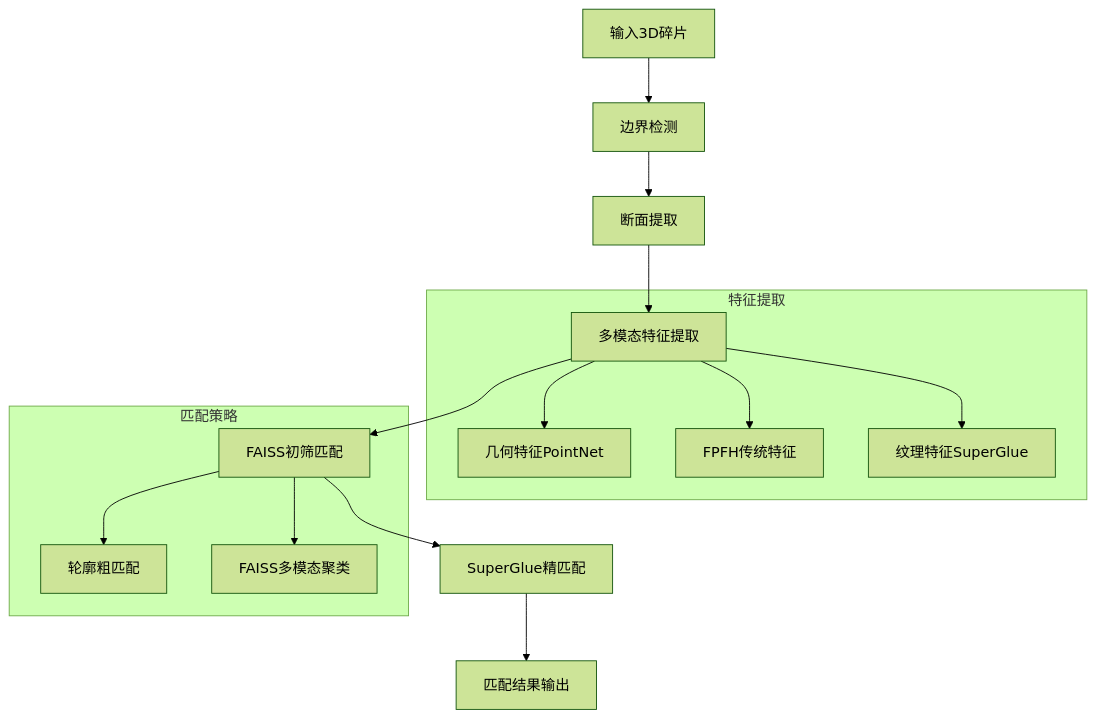
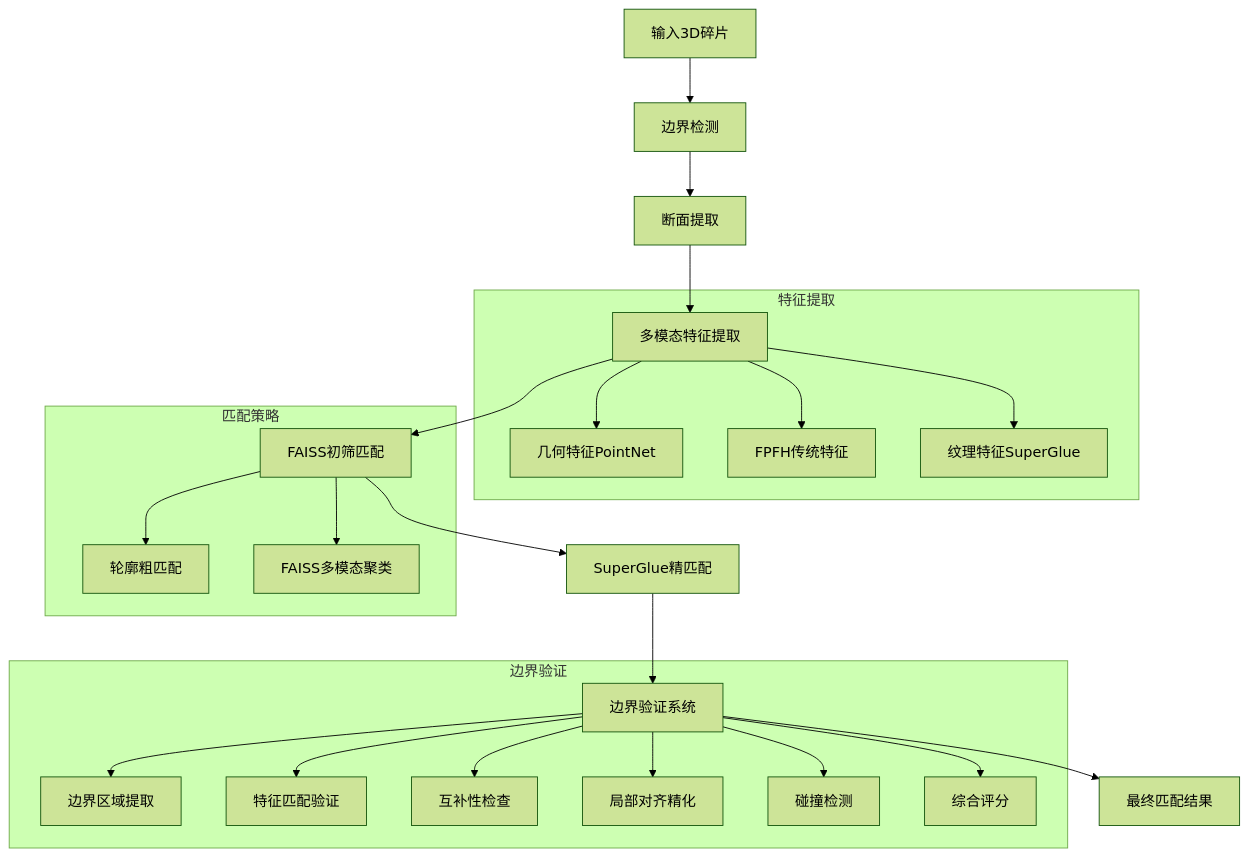
The diagram in README.md (EdwardXiao-bit/Ceramic_Reconstruction), drawn with Mermaid (forest theme) before and after one commit. The commit also changed other lines of this file and 23 other files, not shown here.

````diff
--- a/README.md
+++ b/README.md
@@ -116,25 +135,41 @@
 ```mermaid
 graph TD
     A[输入3D碎片] --> B[边界检测]
     B --> C[断面提取]
     C --> D[多模态特征提取]
     D --> E[FAISS初筛匹配]
     E --> F[SuperGlue精匹配]
-    F --> G[匹配结果输出]
+    F --> G[边界验证系统]
+    G --> H[最终匹配结果]
     
     subgraph 特征提取
         D1[几何特征PointNet]
         D2[FPFH传统特征]
         D3[纹理特征SuperGlue]
         D --> D1
         D --> D2
         D --> D3
     end
     
     subgraph 匹配策略
         E1[轮廓粗匹配]
         E2[FAISS多模态聚类]
         E --> E1
         E --> E2
     end
+    
+    subgraph 边界验证
+        G1[边界区域提取]
+        G2[特征匹配验证]
+        G3[互补性检查]
+        G4[局部对齐精化]
+        G5[碰撞检测]
+        G6[综合评分]
+        G --> G1
+        G --> G2
+        G --> G3
+        G --> G4
+        G --> G5
+        G --> G6
+    end
 ```
````
